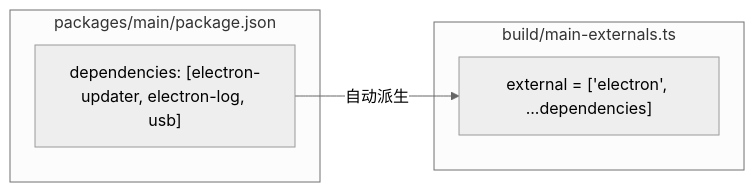
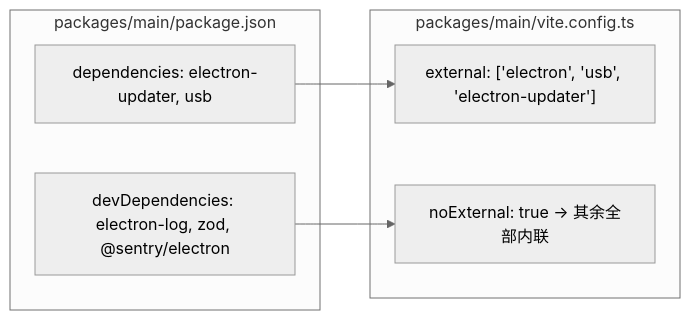
Before and after one commit to BanShan-Alec/electron-react-monorepo-template: the first of 2 diagrams in docs/packaging-and-dependency-management.md, drawn with Mermaid (neutral theme). The commit also changed other lines of this file and 12 other files, not shown here.

````diff
--- a/docs/packaging-and-dependency-management.md
+++ b/docs/packaging-and-dependency-management.md
@@ -56,12 +56,15 @@
 ```mermaid
 graph LR
     subgraph A [packages/main/package.json]
-        Dep["dependencies: [electron-updater, electron-log, usb]"]
+        Dep["dependencies: electron-updater, usb"]
+        Dev["devDependencies: electron-log, zod, @sentry/electron"]
     end
 
-    subgraph B [build/main-externals.ts]
-        Ext["external = ['electron', ...dependencies]"]
+    subgraph B [packages/main/vite.config.ts]
+        Ext["external: ['electron', 'usb', 'electron-updater']"]
+        Bundle["noExternal: true → 其余全部内联"]
     end
 
-    Dep -->|自动派生| Ext
+    Dep --> Ext
+    Dev --> Bundle
 ```
````
